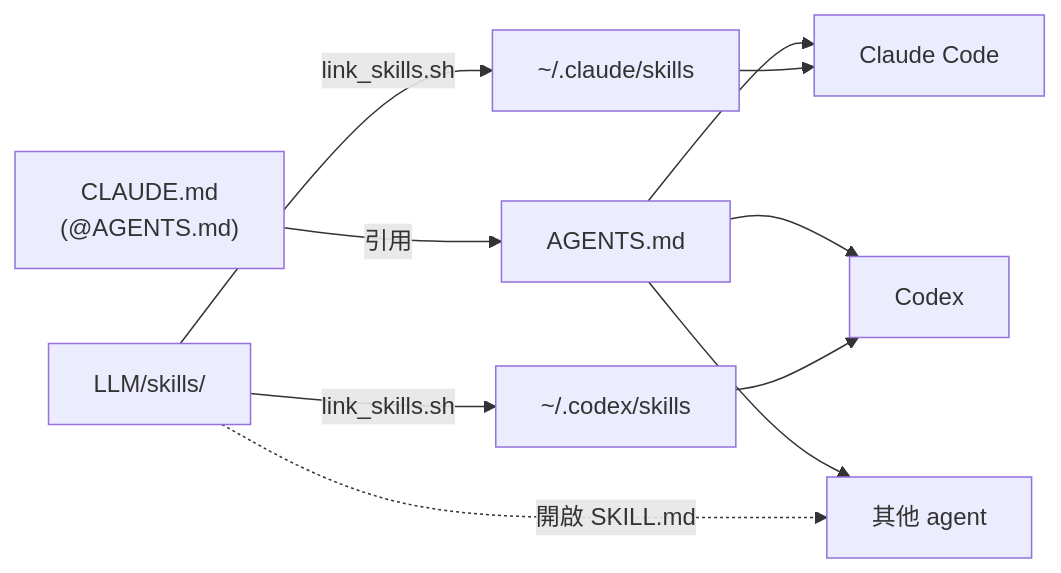
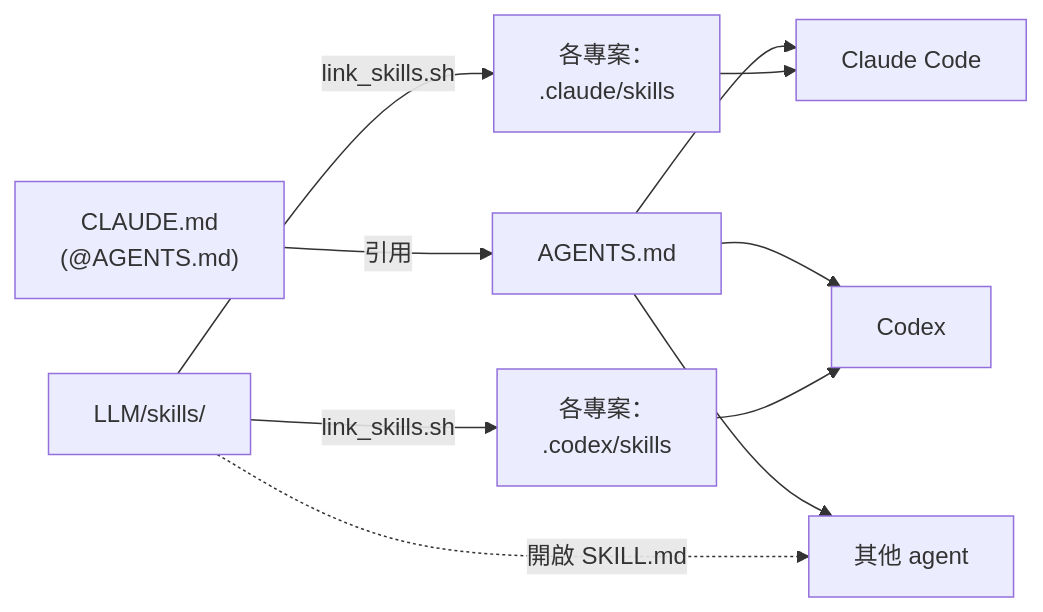
One commit to zelvet-velvet/agent-worklog-vault changed the fifth of 6 diagrams in README.zh-TW.md. Above: the diagram before and after it, drawn with Mermaid. The commit also changed other lines of this file and 4 other files, not shown here.

First line of the commit message:
feat(skills): link skills into project folders, not the global ones

````diff
--- a/README.zh-TW.md
+++ b/README.zh-TW.md
@@ -100,10 +100,10 @@
 ```mermaid
 flowchart LR
     CL["CLAUDE.md<br/>(@AGENTS.md)"] -- 引用 --> AG[AGENTS.md]
     AG --> CC[Claude Code]
     AG --> CX[Codex]
     AG --> O[其他 agent]
-    SK[LLM/skills/] -- link_skills.sh --> C1["~/.claude/skills"] --> CC
-    SK -- link_skills.sh --> C2["~/.codex/skills"] --> CX
+    SK[LLM/skills/] -- link_skills.sh --> C1["各專案：<br/>.claude/skills"] --> CC
+    SK -- link_skills.sh --> C2["各專案：<br/>.codex/skills"] --> CX
     SK -.->|開啟 SKILL.md| O
 ```
````
